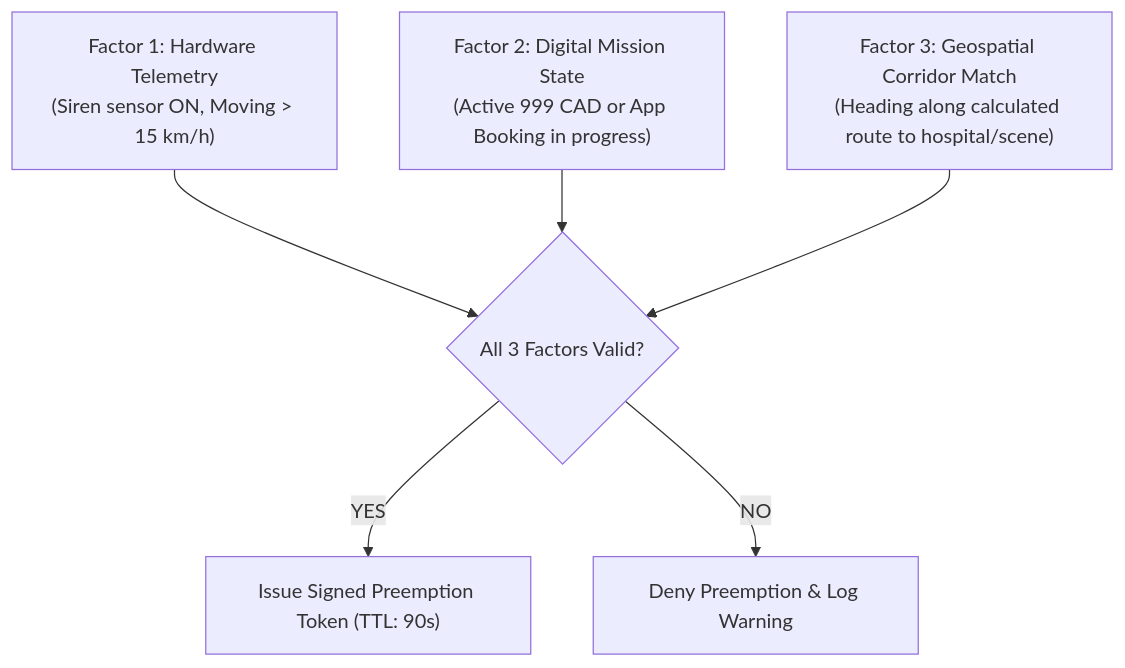
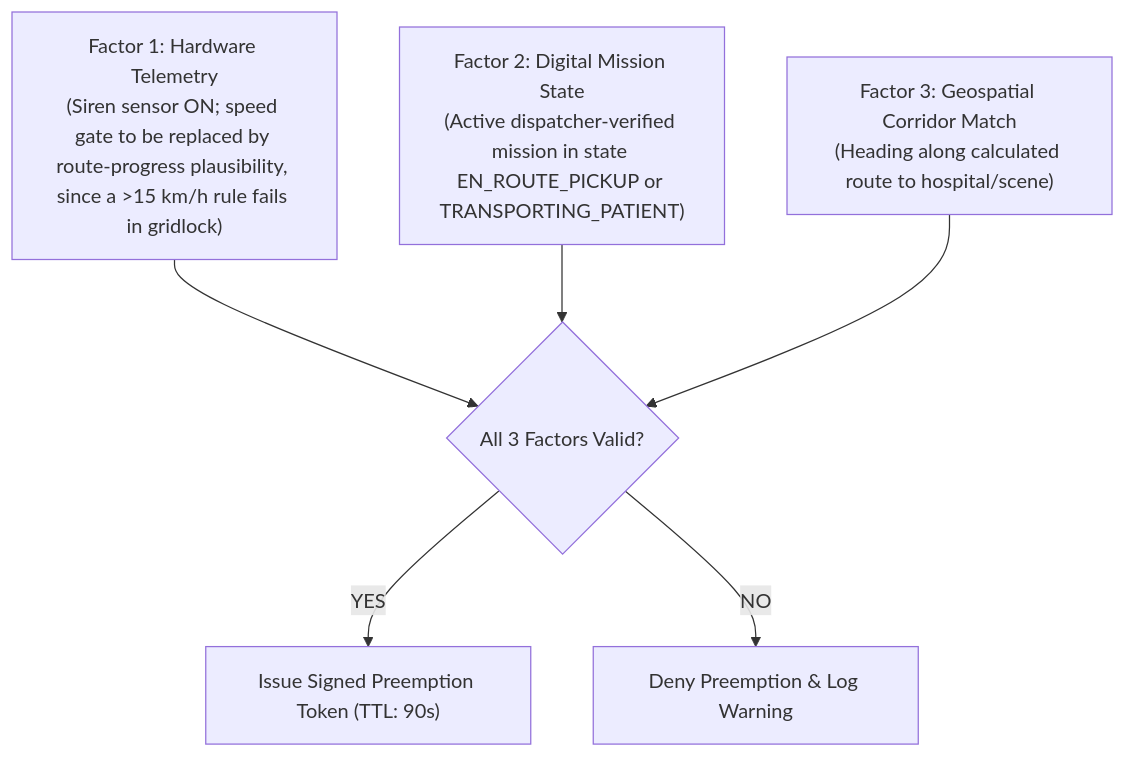
Before and after one commit to the-abraar/Ambulance-AID-BD: the diagram in docs/security-and-anti-abuse.md, drawn with Mermaid. The commit also changed other lines of this file and 50 other files, not shown here.

First line of the commit message:
Wedge MVP: mission API, dispatcher console, driver app, guardrails

````diff
--- a/docs/security-and-anti-abuse.md
+++ b/docs/security-and-anti-abuse.md
@@ -22,15 +24,15 @@
 ```mermaid
 flowchart TD
-    F1["Factor 1: Hardware Telemetry<br>(Siren sensor ON, Moving > 15 km/h)"]
-    F2["Factor 2: Digital Mission State<br>(Active 999 CAD or App Booking in progress)"]
+    F1["Factor 1: Hardware Telemetry<br>(Siren sensor ON; speed gate to be replaced by route-progress plausibility, since a >15 km/h rule fails in gridlock)"]
+    F2["Factor 2: Digital Mission State<br>(Active dispatcher-verified mission in state EN_ROUTE_PICKUP or TRANSPORTING_PATIENT)"]
     F3["Factor 3: Geospatial Corridor Match<br>(Heading along calculated route to hospital/scene)"]
 
     DECISION{"All 3 Factors Valid?"}
 
     F1 --> DECISION
     F2 --> DECISION
     F3 --> DECISION
 
     DECISION -->|YES| GRANT["Issue Signed Preemption Token (TTL: 90s)"]
     DECISION -->|NO| REJECT["Deny Preemption & Log Warning"]
 ```
````
